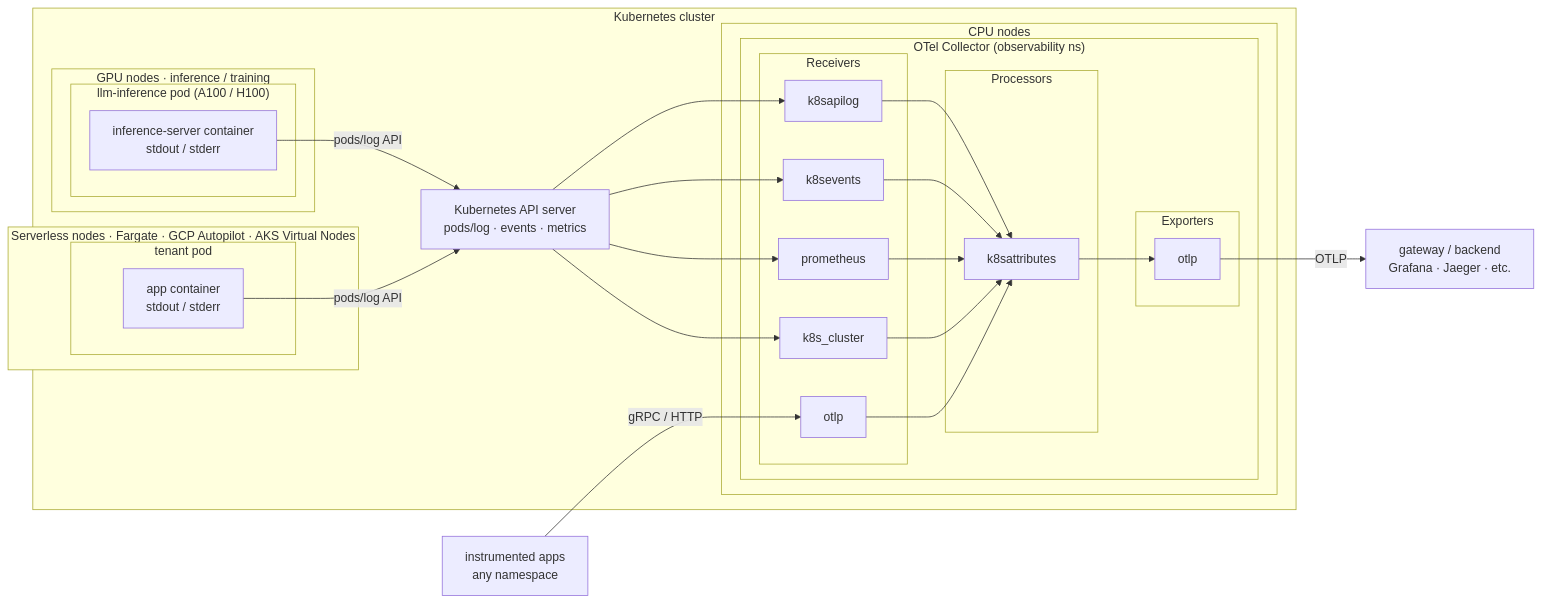
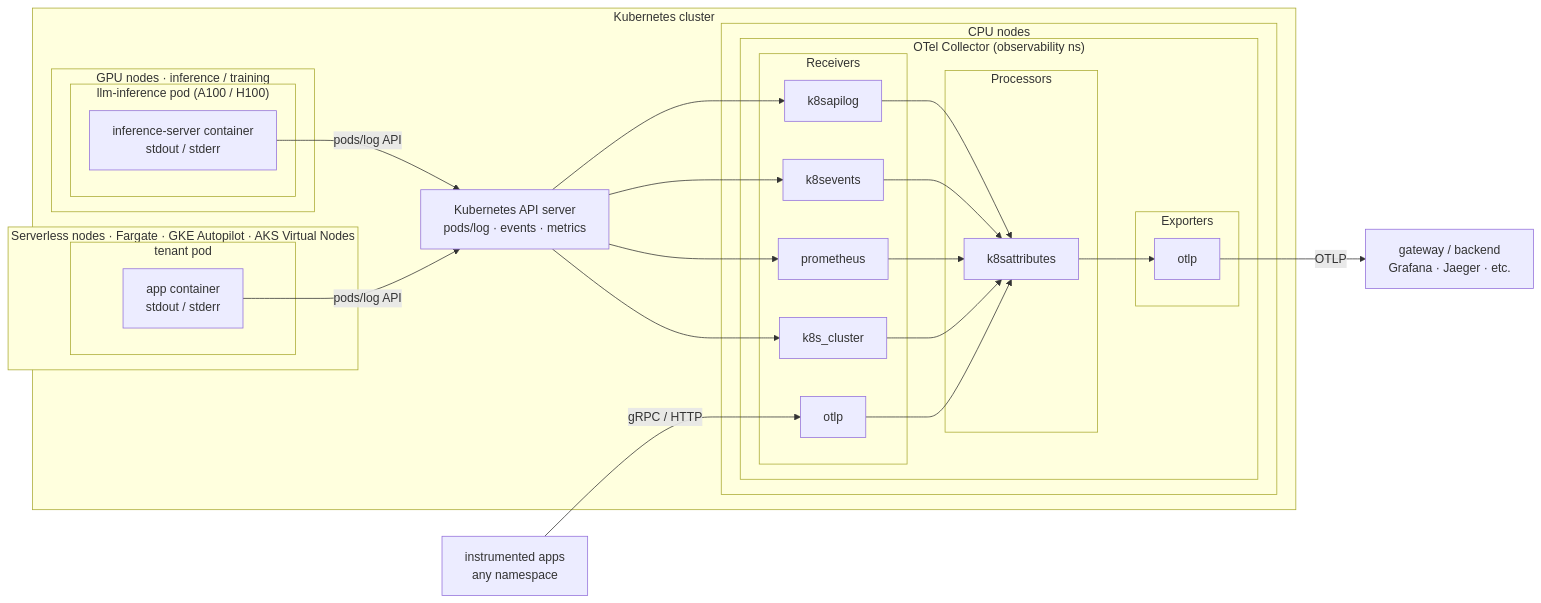
Before and after one commit to eugenekurasov/security-observability-stack: the diagram in docs/architecture.md, drawn with Mermaid. The commit also changed other lines of this file and 1 other file, not shown here.

````diff
--- a/docs/architecture.md
+++ b/docs/architecture.md
@@ -17,47 +17,47 @@
 ```mermaid
 flowchart LR
     subgraph cluster["Kubernetes cluster"]
         subgraph gpu["GPU nodes  ·  inference / training"]
             subgraph llmpod["llm-inference pod  (A100 / H100)"]
                 container["inference-server container\nstdout / stderr"]
             end
         end
 
-        subgraph serverless["Serverless nodes  ·  Fargate · GCP Autopilot · AKS Virtual Nodes"]
+        subgraph serverless["Serverless nodes  ·  Fargate · GKE Autopilot · AKS Virtual Nodes"]
             subgraph svpod["tenant pod"]
                 svcontainer["app container\nstdout / stderr"]
             end
         end
 
         apiserver["Kubernetes API server\npods/log · events · metrics"]
 
         subgraph cpu["CPU nodes"]
             subgraph collector["OTel Collector  (observability ns)"]
                 subgraph recv["Receivers"]
                     r1[k8sapilog]
                     r2[k8sevents]
                     r3[prometheus]
                     r4[k8s_cluster]
                     r5[otlp]
                 end
                 subgraph processors["Processors"]
                     p1[k8sattributes]
                 end
                 subgraph exporters["Exporters"]
                     e1[otlp]
                 end
             end
         end
     end
 
     apps["instrumented apps\nany namespace"]
     backend["gateway / backend\nGrafana · Jaeger · etc."]
 
     container -->|pods/log API| apiserver
     svcontainer -->|pods/log API| apiserver
     apiserver --> r1 & r2 & r3 & r4
     apps -->|gRPC / HTTP| r5
     r1 & r2 & r3 & r4 & r5 --> p1
     p1 --> e1
     e1 -->|OTLP| backend
 ```
````
